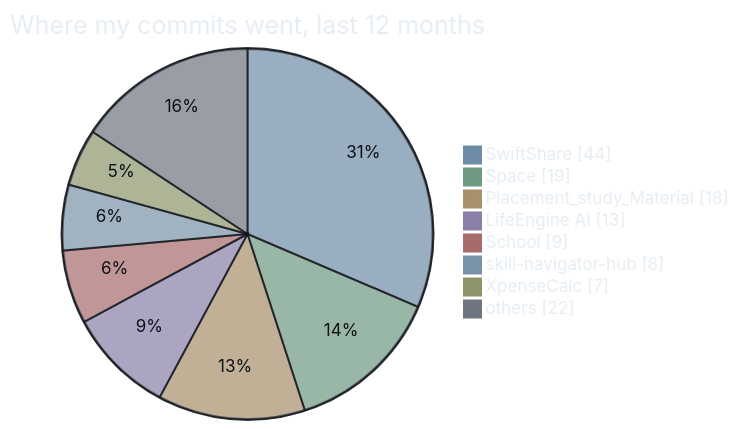
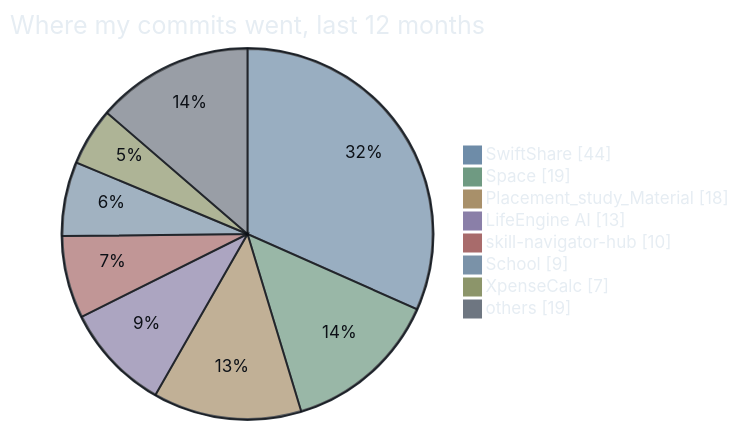
The seventh of 7 diagrams in README.md (AyushPandey510/AyushPandey510), drawn with Mermaid before and after one commit. The commit also changed other lines of this file and 11 other files, not shown here.

````diff
--- a/README.md
+++ b/README.md
@@ -187,12 +187,12 @@
 ```mermaid
 %%{init: {"theme":"base","themeVariables":{"pie1":"#6E8CA8","pie2":"#6F9A82","pie3":"#A8906A","pie4":"#8A7FA8","pie5":"#A86B6B","pie6":"#7A92A8","pie7":"#8C956A","pie8":"#6E7681","pieStrokeColor":"#0D1117","pieStrokeWidth":"2px","pieOuterStrokeColor":"#30363D","pieTitleTextColor":"#E6EDF3","pieSectionTextColor":"#0D1117","pieLegendTextColor":"#E6EDF3","fontFamily":"monospace"}}}%%
 pie showData title Where my commits went, last 12 months
     "SwiftShare" : 44
     "Space" : 19
     "Placement_study_Material" : 18
     "LifeEngine AI" : 13
+    "skill-navigator-hub" : 10
     "School" : 9
-    "skill-navigator-hub" : 8
     "XpenseCalc" : 7
-    "others" : 22
+    "others" : 19
 ```
````
